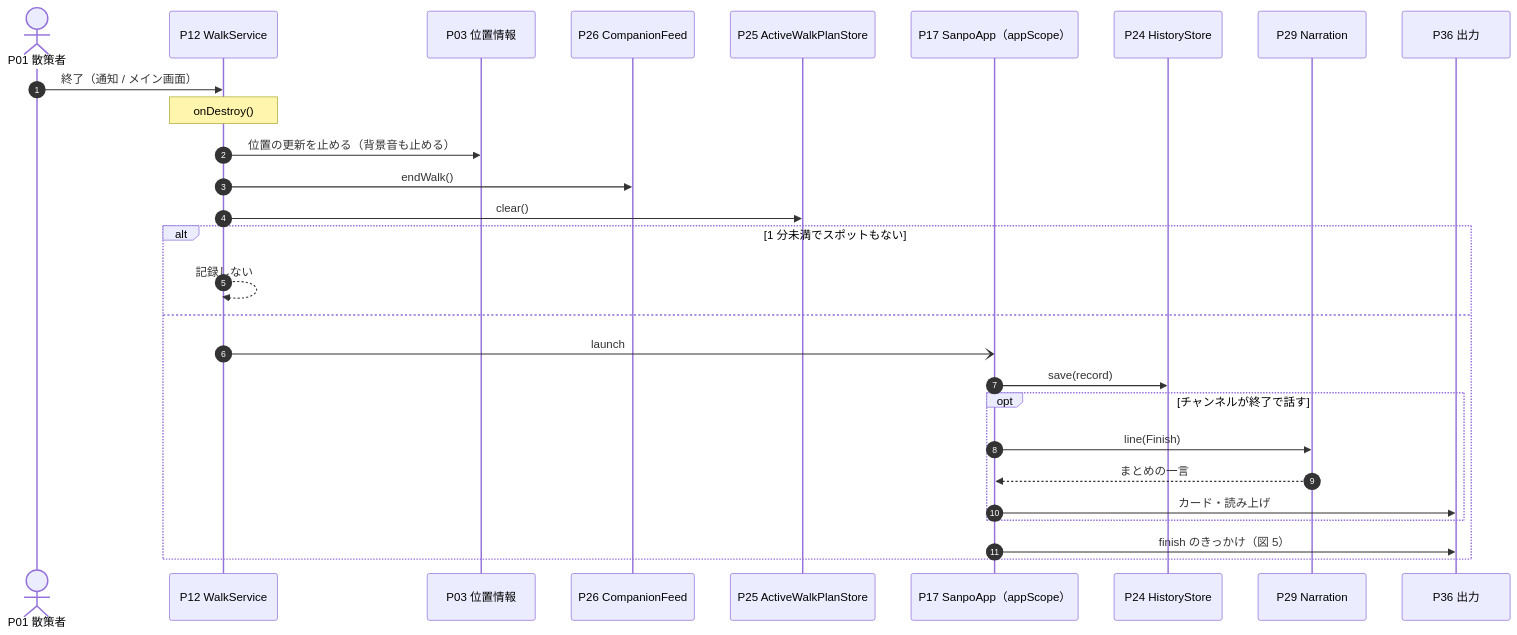
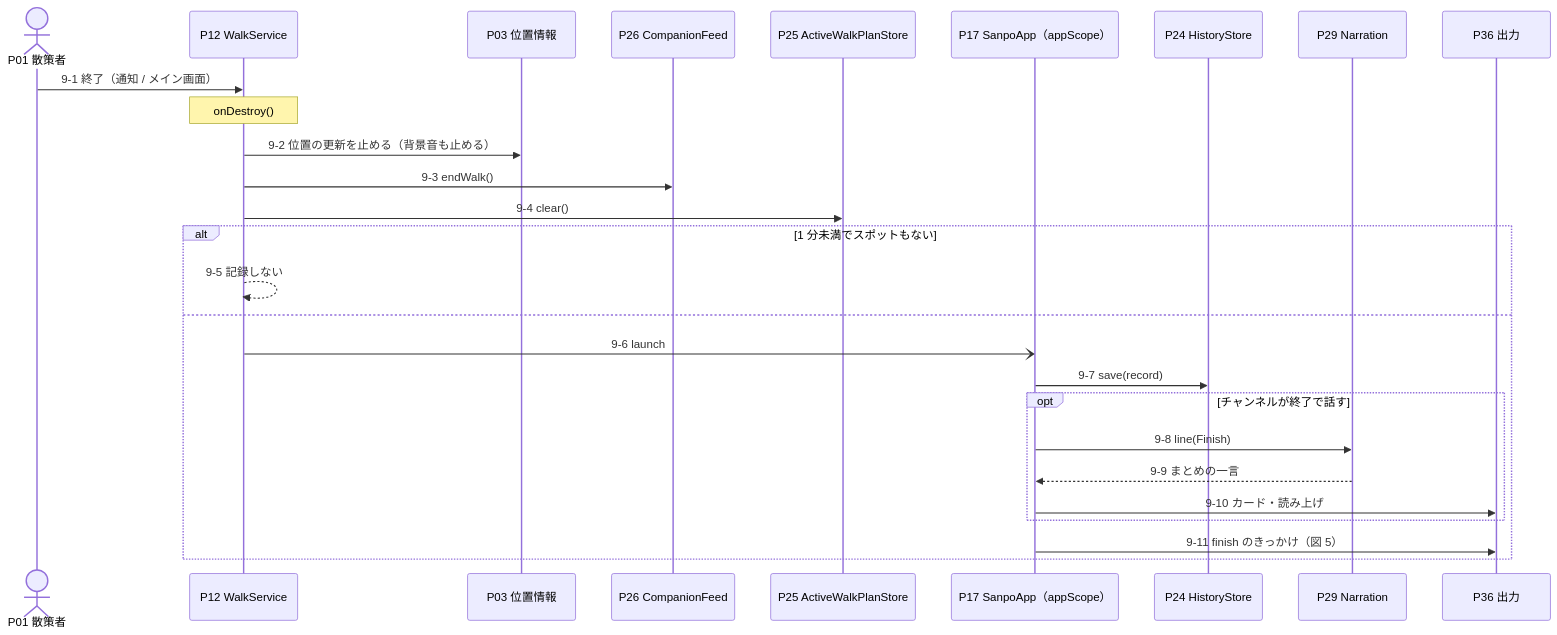
Before and after one commit to duwenji/yorisoi-sanpoguide: the ninth of 9 diagrams in docs/sequences.md, drawn with Mermaid. The commit also changed other lines of this file, not shown here.

First line of the commit message:
docs: write the step numbers into the sequence diagrams

````diff
--- a/docs/sequences.md
+++ b/docs/sequences.md
@@ -598,31 +590,30 @@
 ```mermaid
 sequenceDiagram
-  autonumber
   actor W as P01 散策者
   participant WS as P12 WalkService
   participant Loc as P03 位置情報
   participant Feed as P26 CompanionFeed
   participant Plan as P25 ActiveWalkPlanStore
   participant App as P17 SanpoApp（appScope）
   participant Hist as P24 HistoryStore
   participant Nar as P29 Narration
   participant Out as P36 出力
 
-  W->>WS: 終了（通知 / メイン画面）
+  W->>WS: 9-1 終了（通知 / メイン画面）
   Note over WS: onDestroy()
-  WS->>Loc: 位置の更新を止める（背景音も止める）
-  WS->>Feed: endWalk()
-  WS->>Plan: clear()
+  WS->>Loc: 9-2 位置の更新を止める（背景音も止める）
+  WS->>Feed: 9-3 endWalk()
+  WS->>Plan: 9-4 clear()
   alt 1 分未満でスポットもない
-    WS-->>WS: 記録しない
+    WS-->>WS: 9-5 記録しない
   else
-    WS-)App: launch
-    App->>Hist: save(record)
+    WS-)App: 9-6 launch
+    App->>Hist: 9-7 save(record)
     opt チャンネルが終了で話す
-      App->>Nar: line(Finish)
-      Nar-->>App: まとめの一言
-      App->>Out: カード・読み上げ
+      App->>Nar: 9-8 line(Finish)
+      Nar-->>App: 9-9 まとめの一言
+      App->>Out: 9-10 カード・読み上げ
     end
-    App->>Out: finish のきっかけ（図 5）
+    App->>Out: 9-11 finish のきっかけ（図 5）
   end
 ```
````
